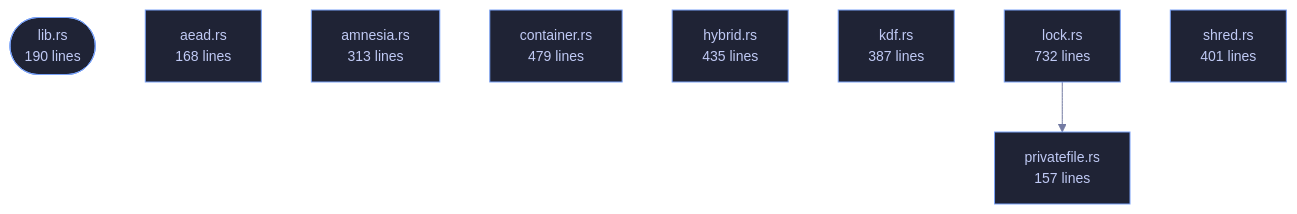
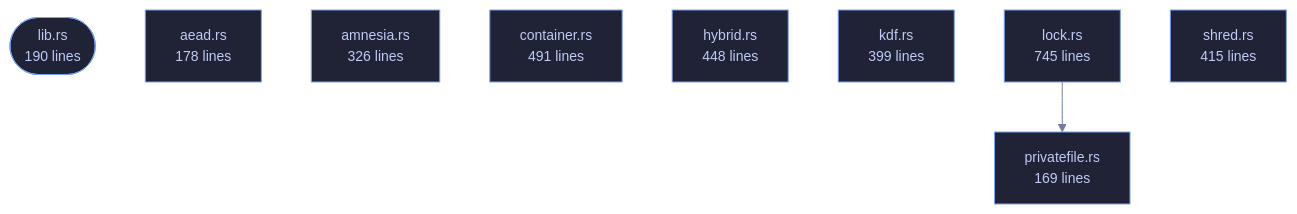
One commit to tilas01/veilvoice changed the diagram in crates/veilvoice-crypto/README.md. Above: the diagram before and after it, drawn with Mermaid. The commit also changed other lines of this file and 487 other files, not shown here.

````diff
--- a/crates/veilvoice-crypto/README.md
+++ b/crates/veilvoice-crypto/README.md
@@ -108,23 +108,23 @@
 ```mermaid
 %%{init: {"theme":"base","themeVariables":{"background":"#1a1b26","primaryColor":"#1f2335","primaryTextColor":"#c0caf5","primaryBorderColor":"#7aa2f7","secondaryColor":"#16161e","tertiaryColor":"#16161e","lineColor":"#737aa2","textColor":"#c0caf5","mainBkg":"#1f2335","nodeBorder":"#7aa2f7","clusterBkg":"#16161e","clusterBorder":"#2f3549","fontFamily":"ui-monospace, SFMono-Regular, Consolas, monospace","fontSize":"14px"}}}%%
 flowchart TD
     n_lib(["lib.rs<br/>190 lines"])
-    n_aead["aead.rs<br/>168 lines"]
-    n_amnesia["amnesia.rs<br/>313 lines"]
-    n_container["container.rs<br/>479 lines"]
-    n_hybrid["hybrid.rs<br/>435 lines"]
-    n_kdf["kdf.rs<br/>387 lines"]
-    n_lock["lock.rs<br/>732 lines"]
-    n_privatefile["privatefile.rs<br/>157 lines"]
-    n_shred["shred.rs<br/>401 lines"]
+    n_aead["aead.rs<br/>178 lines"]
+    n_amnesia["amnesia.rs<br/>326 lines"]
+    n_container["container.rs<br/>491 lines"]
+    n_hybrid["hybrid.rs<br/>448 lines"]
+    n_kdf["kdf.rs<br/>399 lines"]
+    n_lock["lock.rs<br/>745 lines"]
+    n_privatefile["privatefile.rs<br/>169 lines"]
+    n_shred["shred.rs<br/>415 lines"]
     n_lock --> n_privatefile
     click n_lib href "https://github.com/tilas01/veilvoice/blob/main/crates/veilvoice-crypto/src/lib.rs" "open the source"
     click n_aead href "https://github.com/tilas01/veilvoice/blob/main/crates/veilvoice-crypto/src/aead.rs" "open the source"
     click n_amnesia href "https://github.com/tilas01/veilvoice/blob/main/crates/veilvoice-crypto/src/amnesia.rs" "open the source"
     click n_container href "https://github.com/tilas01/veilvoice/blob/main/crates/veilvoice-crypto/src/container.rs" "open the source"
     click n_hybrid href "https://github.com/tilas01/veilvoice/blob/main/crates/veilvoice-crypto/src/hybrid.rs" "open the source"
     click n_kdf href "https://github.com/tilas01/veilvoice/blob/main/crates/veilvoice-crypto/src/kdf.rs" "open the source"
     click n_lock href "https://github.com/tilas01/veilvoice/blob/main/crates/veilvoice-crypto/src/lock.rs" "open the source"
     click n_privatefile href "https://github.com/tilas01/veilvoice/blob/main/crates/veilvoice-crypto/src/privatefile.rs" "open the source"
     click n_shred href "https://github.com/tilas01/veilvoice/blob/main/crates/veilvoice-crypto/src/shred.rs" "open the source"
 ```
````
